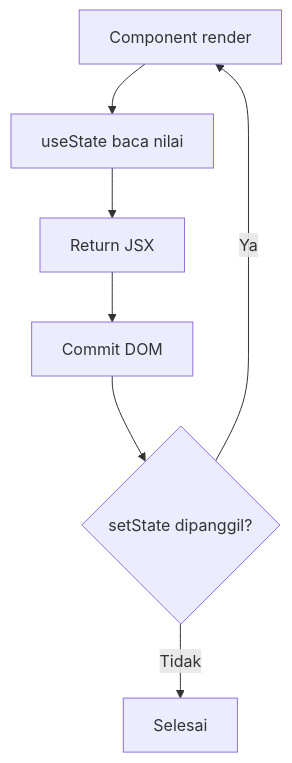
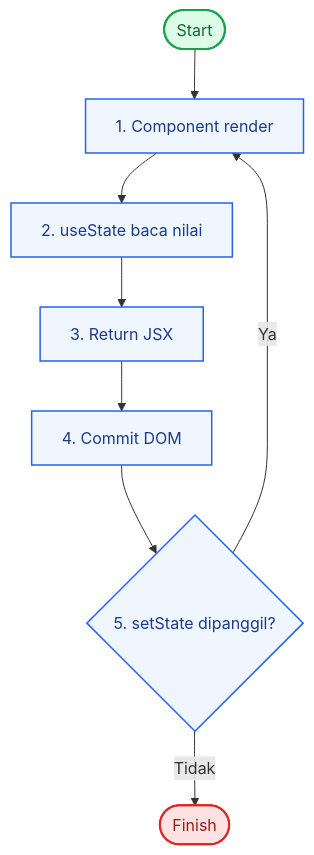
One commit to seftronics/react-basic changed the diagram in doc/function-usestate-lifecycle.md. Above: the diagram before and after it, drawn with Mermaid. The commit also changed 8 other files, not shown here.

````diff
--- a/doc/function-usestate-lifecycle.md
+++ b/doc/function-usestate-lifecycle.md
@@ -14,9 +14,15 @@
 ```mermaid
 flowchart TD
-    A[Component render] --> B[useState baca nilai]
-    B --> C[Return JSX]
-    C --> D[Commit DOM]
-    D --> E{setState dipanggil?}
+    S([Start]) --> A[1. Component render]
+    A --> B[2. useState baca nilai]
+    B --> C[3. Return JSX]
+    C --> D[4. Commit DOM]
+    D --> E{5. setState dipanggil?}
     E -- Ya --> A
-    E -- Tidak --> F[Selesai]
+    E -- Tidak --> Z([Finish])
+    classDef default fill:#eff6ff,stroke:#2563eb,stroke-width:1.5px,color:#1e3a8a;
+    classDef start fill:#dcfce7,stroke:#16a34a,stroke-width:2px,color:#166534;
+    classDef finish fill:#fee2e2,stroke:#dc2626,stroke-width:2px,color:#991b1b;
+    class S start;
+    class Z finish;
 ```
````
